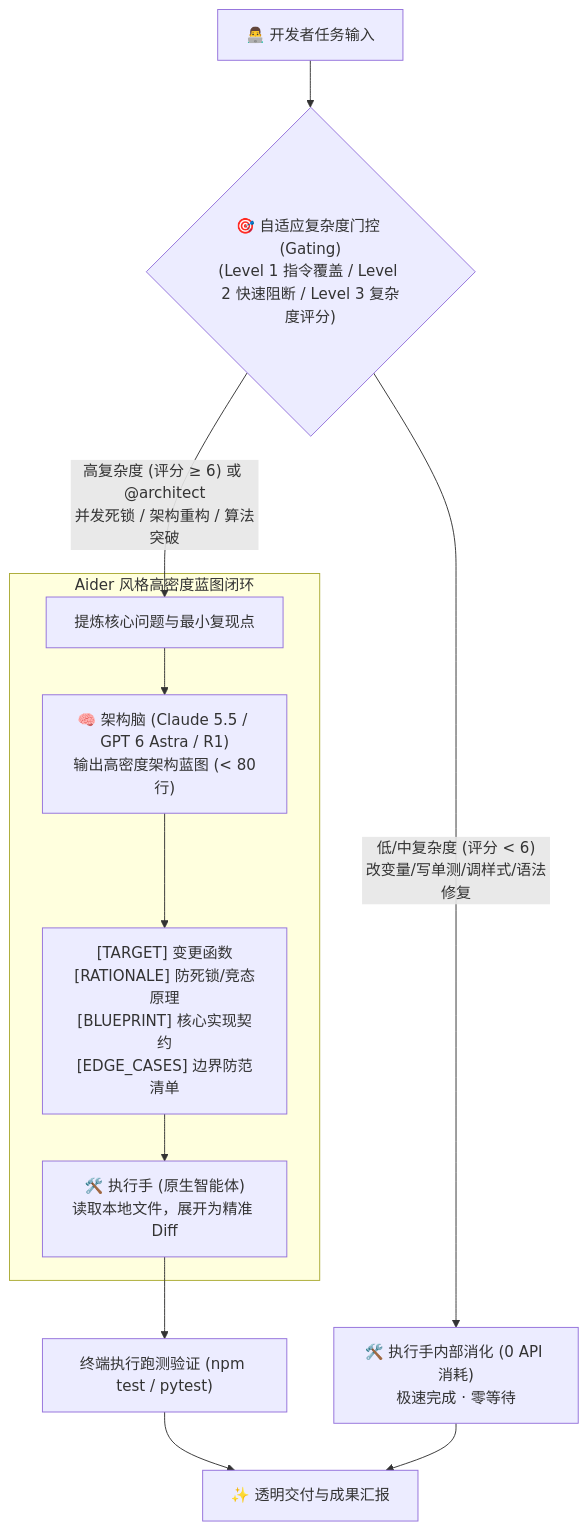
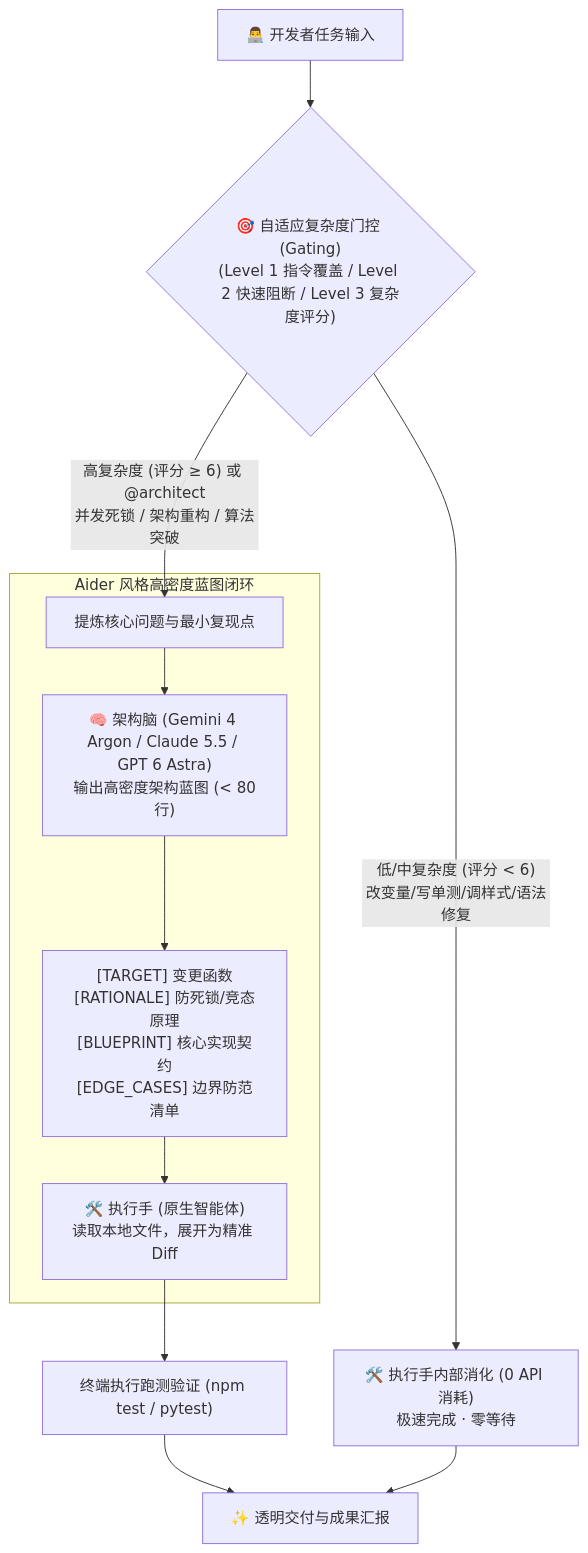
One commit to garydak/twin-engine-orchestration changed the first of 2 diagrams in README.md. Above: the diagram before and after it, drawn with Mermaid. The commit also changed other lines of this file and 4 other files, not shown here.

Commit message:
feat: add Gemini 4 Argon as premier architect brain model

````diff
--- a/README.md
+++ b/README.md
@@ -33,18 +33,18 @@
 ```mermaid
 flowchart TD
     User["👨‍💻 开发者任务输入"] --> Gating{"🎯 自适应复杂度门控 (Gating)<br>(Level 1 指令覆盖 / Level 2 快速阻断 / Level 3 复杂度评分)"}
     
     Gating -->|"低/中复杂度 (评分 < 6)<br>改变量/写单测/调样式/语法修复"| HandsSelf["🛠️ 执行手内部消化 (0 API 消耗)<br>极速完成 · 零等待"]
     
     Gating -->|"高复杂度 (评分 ≥ 6) 或 @architect<br>并发死锁 / 架构重构 / 算法突破"| ExtractContext["提炼核心问题与最小复现点"]
     
     subgraph BlueprintWorkflow["Aider 风格高密度蓝图闭环"]
-        ExtractContext --> Brain["🧠 架构脑 (Claude 5.5 / GPT 6 Astra / R1)<br>输出高密度架构蓝图 (&lt; 80行)"]
+        ExtractContext --> Brain["🧠 架构脑 (Gemini 4 Argon / Claude 5.5 / GPT 6 Astra)<br>输出高密度架构蓝图 (&lt; 80行)"]
         Brain --> Blueprint["[TARGET] 变更函数<br>[RATIONALE] 防死锁/竞态原理<br>[BLUEPRINT] 核心实现契约<br>[EDGE_CASES] 边界防范清单"]
         Blueprint --> HandsApply["🛠️ 执行手 (原生智能体)<br>读取本地文件，展开为精准 Diff"]
     end
     
     HandsApply --> Test["终端执行跑测验证 (npm test / pytest)"]
     Test --> Result["✨ 透明交付与成果汇报"]
     HandsSelf --> Result
 ```
````
